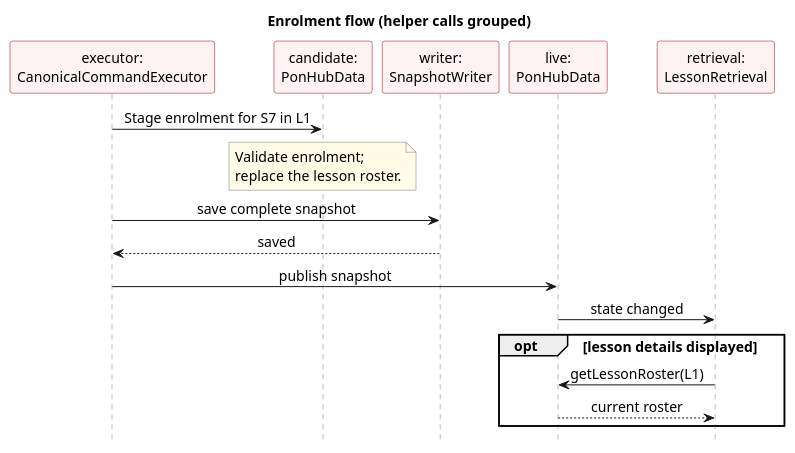
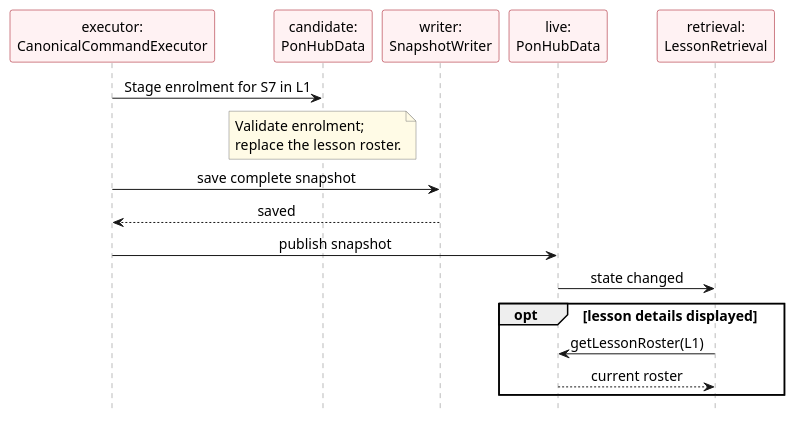
Before and after one commit to AY2627S1-CS2103T-F13-3/tp: the diagram in docs/diagrams/StudentEnrolmentSequenceDiagram.puml, drawn with PlantUML. The commit also changed 32 other files, not shown here.

Commit message:
Correct remaining UML notation and diagram context

```diff
--- a/docs/diagrams/StudentEnrolmentSequenceDiagram.puml
+++ b/docs/diagrams/StudentEnrolmentSequenceDiagram.puml
@@ -1,36 +1,35 @@
 @startuml
 ' Draft by Vincent Lin with OpenAI Codex assistance.
-' Self-contained source; render with PlantUML 1.2025.4.
+' Self-contained source; render with PlantUML 1.2025.3.
 ' Command and transaction helper calls are grouped as operation descriptions.
 skinparam defaultFontName Arial
 skinparam defaultFontSize 14
 skinparam shadowing false
 skinparam sequenceMessageAlign center
 skinparam sequenceParticipantBackgroundColor #FFF2F3
 skinparam sequenceParticipantBorderColor #9D0012
 skinparam sequenceLifeLineBorderColor #777777
 skinparam noteBackgroundColor #FFFBE6
 skinparam noteBorderColor #777777
 hide footbox
 
-title Enrolment flow (helper calls grouped)
 participant "executor:\nCanonicalCommandExecutor" as Logic
 participant "candidate:\nPonHubData" as Candidate
 participant "writer:\nSnapshotWriter" as Storage
 participant "live:\nPonHubData" as Live
 participant "retrieval:\nLessonRetrieval" as Retrieval
 
 Logic -> Candidate : Stage enrolment for S7 in L1
 note over Candidate
   Validate enrolment;
   replace the lesson roster.
 end note
 Logic -> Storage : save complete snapshot
 Storage --> Logic : saved
 Logic -> Live : publish snapshot
 Live -> Retrieval : state changed
 opt lesson details displayed
   Retrieval -> Live : getLessonRoster(L1)
   Live --> Retrieval : current roster
 end
 @enduml
```
